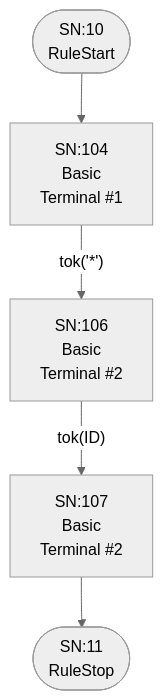
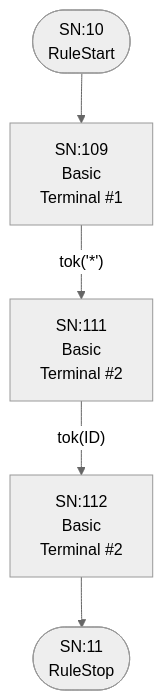
Before and after one commit to TypeFox/fastbelt: the sixth of 25 diagrams in internal/grammar/atn.md, drawn with Mermaid (neutral theme). The commit also changed other lines of this file and 13 other files, not shown here.

````diff
--- a/internal/grammar/atn.md
+++ b/internal/grammar/atn.md
@@ -172,13 +183,13 @@
 ```mermaid
 flowchart TD
     q10(["SN:10<br/>RuleStart"])
     q11(["SN:11<br/>RuleStop"])
-    q104["SN:104<br/>Basic<br/>Terminal #1"]
-    q105["SN:106<br/>Basic<br/>Terminal #2"]
-    q106["SN:107<br/>Basic<br/>Terminal #2"]
+    q109["SN:109<br/>Basic<br/>Terminal #1"]
+    q110["SN:111<br/>Basic<br/>Terminal #2"]
+    q111["SN:112<br/>Basic<br/>Terminal #2"]
 
-    q10 --> q104
-    q104 -->|"tok('*')"| q105
-    q105 -->|"tok(ID)"| q106
-    q106 --> q11
+    q10 --> q109
+    q109 -->|"tok('*')"| q110
+    q110 -->|"tok(ID)"| q111
+    q111 --> q11
 ```
````
